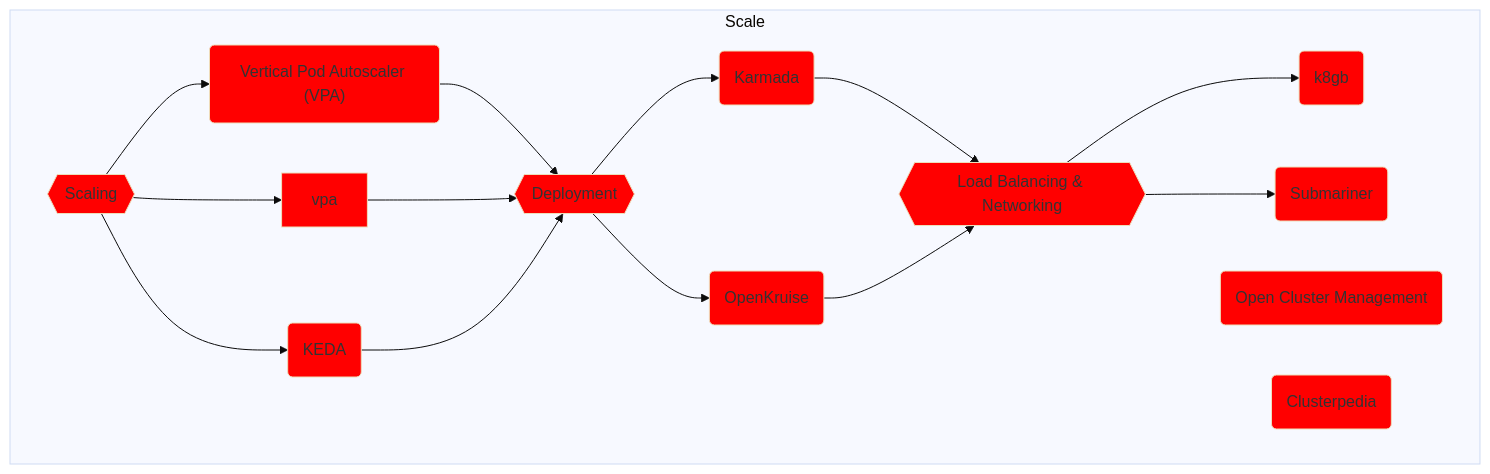
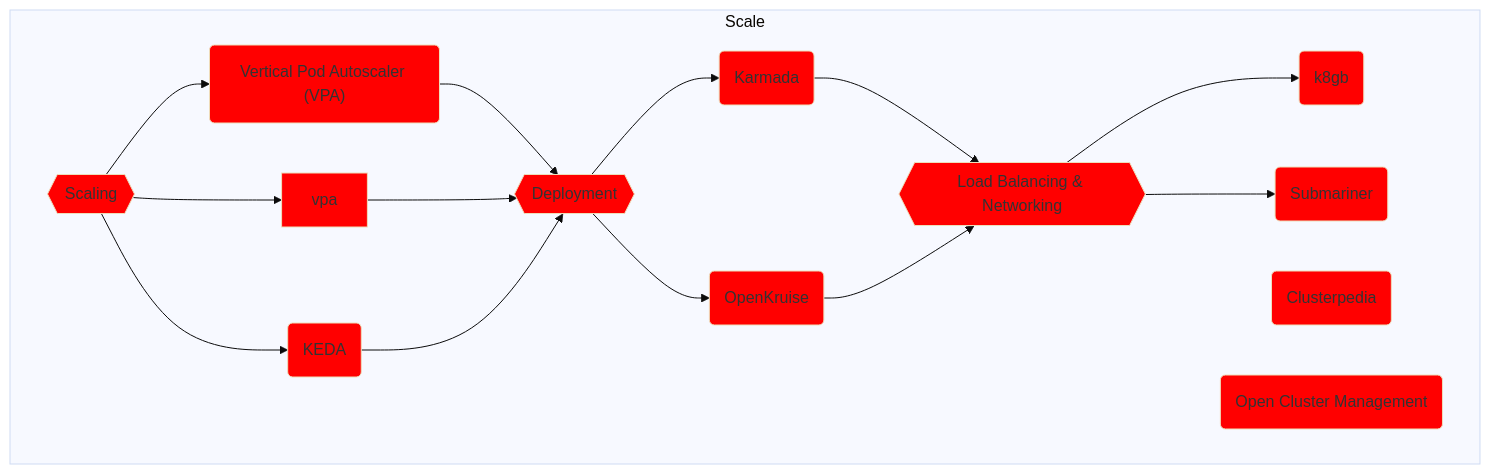
Before and after one commit to vfarcic/cncf-demo: the sixth of 11 diagrams in solution.md, drawn with Mermaid (base theme). The commit also changed other lines of this file and 23 other files, not shown here.

````diff
--- a/solution.md
+++ b/solution.md
@@ -693,50 +690,50 @@
 ```mermaid
 flowchart TD
 
     subgraph Scale
 
         %% -------------
         %% -- Scaling --
         %% -------------
         scaling{{Scaling}}
         style scaling fill:red
         hpa("Horizontal Pod Autoscaler (HPA)")
         style hpa fill:red
         hpa("Vertical Pod Autoscaler (VPA)")
         style vpa fill:red
         keda(KEDA)
         style keda fill:red
         scaling --> hpa & vpa & keda --> deployment-mc
 
         %% ------------------------------
         %% -- Multi-Cluster Deployment --
         %% ------------------------------
         deployment-mc{{Deployment}}
         style deployment-mc fill:red
         deployment-mc-karmada(Karmada)
         style deployment-mc-karmada fill:red
         open-kruise(OpenKruise)
         style open-kruise fill:red
         deployment-mc --> deployment-mc-karmada & open-kruise --> lb-mc
 
         %% ---------------------------------
         %% -- Load Balancing & Networking --
         %% ---------------------------------
         lb-mc{{Load Balancing & Networking}}
         style lb-mc fill:red
         lb-mc-k8gb(k8gb)
         style lb-mc-k8gb fill:red
         lb-mc-submariner(Submariner)
         style lb-mc-submariner fill:red
         lb-mc --> lb-mc-k8gb & lb-mc-submariner
 
         %% -----------
         %% -- TODO: --
         %% -----------
+        clusterpedia(Clusterpedia)
+        style clusterpedia fill:red
         open-cluster-management(Open Cluster Management)
         style open-cluster-management fill:red
-        clusterpedia(Clusterpedia)
-        style clusterpedia fill:red
 
     end
 ```
````
